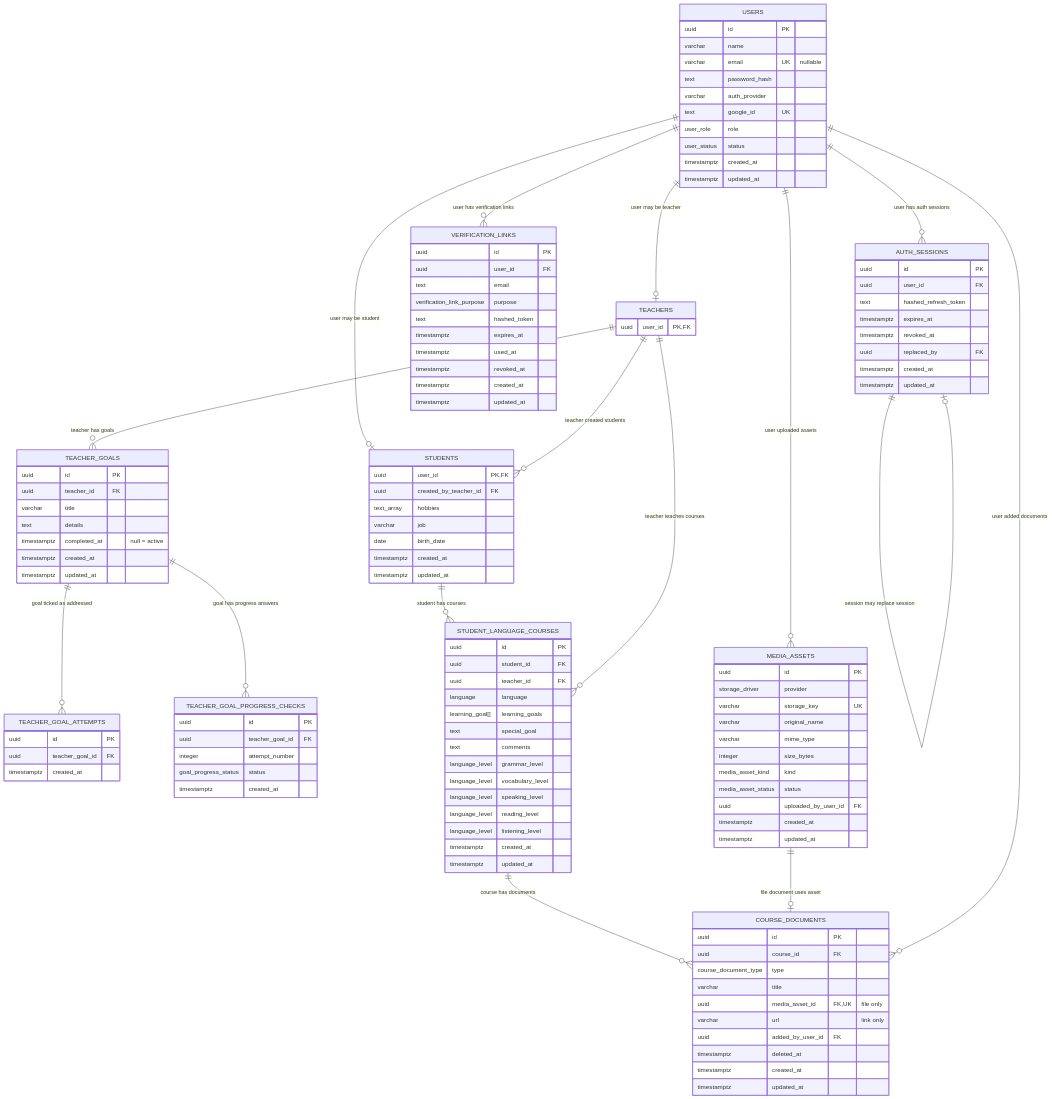
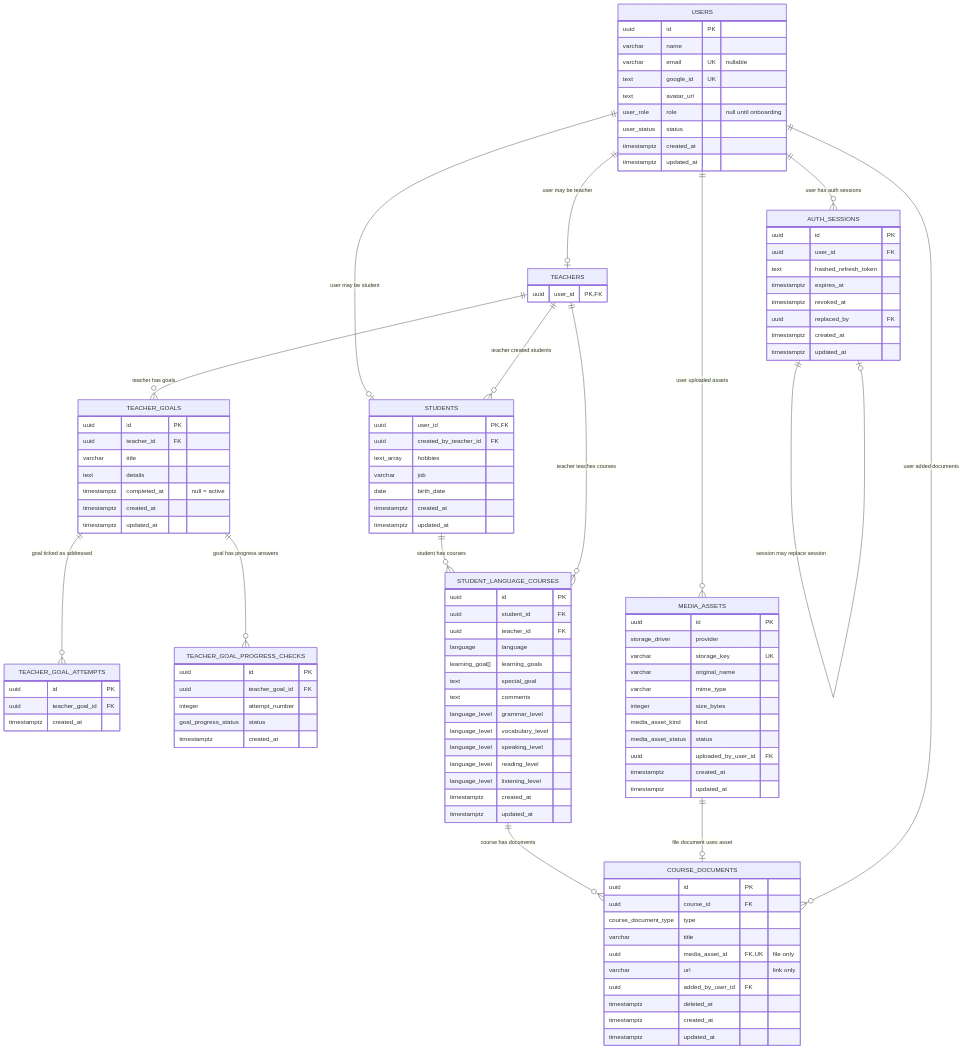
Before and after one commit to KaterynaKocheharova/Practice-app: the diagram in back/docs/db/entities.md, drawn with Mermaid. The commit also changed other lines of this file and 17 other files, not shown here.

```diff
--- a/back/docs/db/entities.md
+++ b/back/docs/db/entities.md
@@ -8,10 +8,9 @@
     uuid id PK
     varchar name
     varchar email UK "nullable"
-    text password_hash
-    varchar auth_provider
     text google_id UK
-    user_role role
+    text avatar_url
+    user_role role "null until onboarding"
     user_status status
     timestamptz created_at
     timestamptz updated_at
@@ -24,19 +23,6 @@
     timestamptz expires_at
     timestamptz revoked_at
     uuid replaced_by FK
-    timestamptz created_at
-    timestamptz updated_at
-  }
-
-  VERIFICATION_LINKS {
-    uuid id PK
-    uuid user_id FK
-    text email
-    verification_link_purpose purpose
-    text hashed_token
-    timestamptz expires_at
-    timestamptz used_at
-    timestamptz revoked_at
     timestamptz created_at
     timestamptz updated_at
   }
@@ -126,7 +112,6 @@
   USERS ||--o| TEACHERS : "user may be teacher"
   USERS ||--o| STUDENTS : "user may be student"
   USERS ||--o{ AUTH_SESSIONS : "user has auth sessions"
-  USERS ||--o{ VERIFICATION_LINKS : "user has verification links"
   AUTH_SESSIONS ||--o| AUTH_SESSIONS : "session may replace session"
   TEACHERS ||--o{ STUDENTS : "teacher created students"
   TEACHERS ||--o{ TEACHER_GOALS : "teacher has goals"
```
